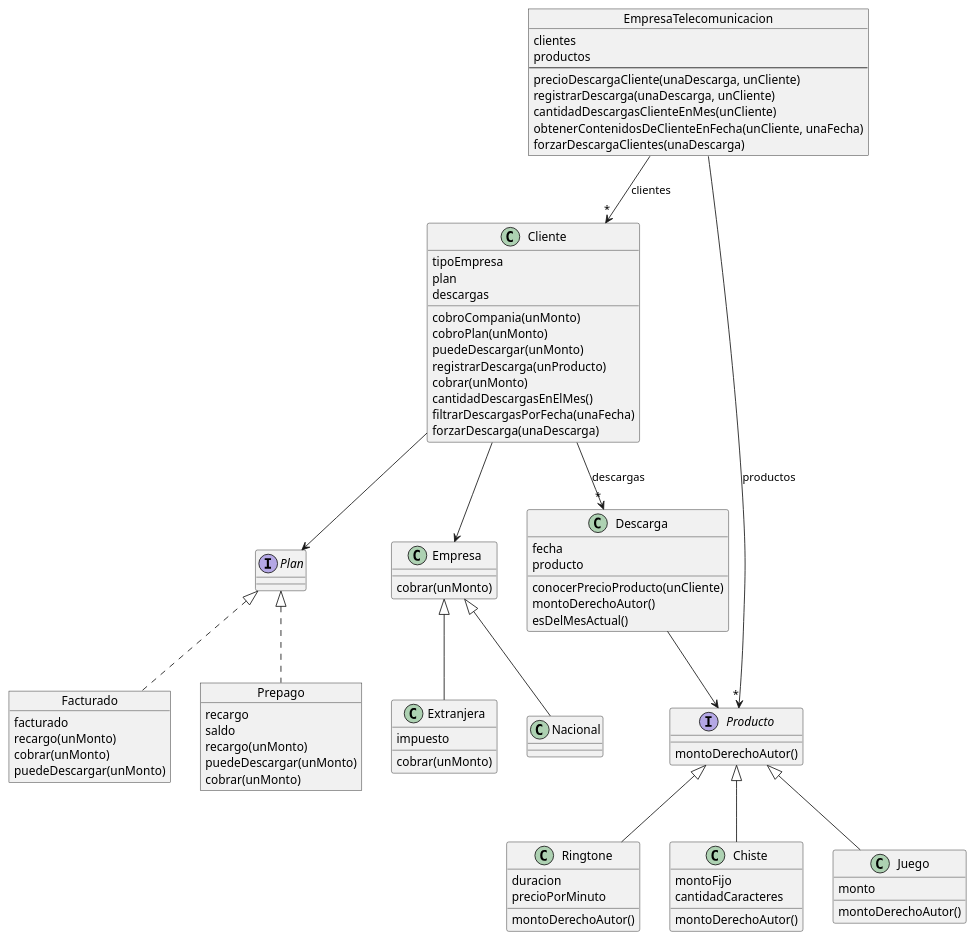
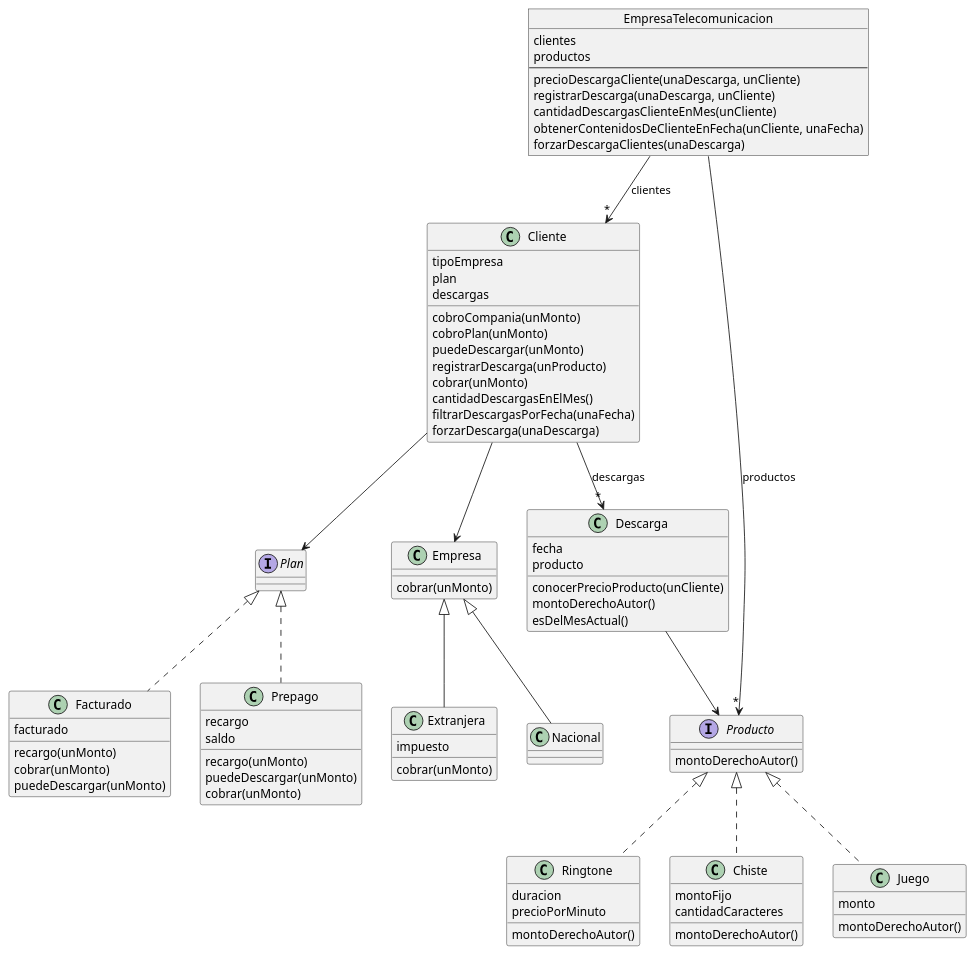
The diagram in src/DiagramaTelecom.wsd (FerminLuceroJ/ResolucionTelecom), drawn with PlantUML before and after one commit. The commit also changed 2 other files, not shown here.

```diff
--- a/src/DiagramaTelecom.wsd
+++ b/src/DiagramaTelecom.wsd
@@ -1,111 +1,112 @@
 @startuml DiagramaTelecom
 
 object EmpresaTelecomunicacion {
 
     clientes 
     productos
     ---
     precioDescargaCliente(unaDescarga, unCliente)
     registrarDescarga(unaDescarga, unCliente)
     cantidadDescargasClienteEnMes(unCliente)
     obtenerContenidosDeClienteEnFecha(unCliente, unaFecha)
     forzarDescargaClientes(unaDescarga)
     
 }
 
 class Cliente {
 
     tipoEmpresa
     plan 
     descargas 
     cobroCompania(unMonto)
     cobroPlan(unMonto)
     puedeDescargar(unMonto)
     registrarDescarga(unProducto)
     cobrar(unMonto)
     cantidadDescargasEnElMes()
     filtrarDescargasPorFecha(unaFecha)
     forzarDescarga(unaDescarga)
 
 }
 class Descarga {
 
     fecha 
     producto
     conocerPrecioProducto(unCliente)
     montoDerechoAutor()
     esDelMesActual()
 
 }
 interface Producto {
 
     montoDerechoAutor()
 
 }
 class Ringtone {
 
     duracion
     precioPorMinuto
     montoDerechoAutor()
 
 }
 class Chiste {
 
     montoFijo
     cantidadCaracteres
     montoDerechoAutor()
 
 }
 class Juego {
 
     monto  
     montoDerechoAutor()
 
 }
 interface Plan
-object Prepago {
+
+class Prepago {
 
     recargo 
     saldo 
     recargo(unMonto)
     puedeDescargar(unMonto)
     cobrar(unMonto)
 
 }
-object Facturado {
+class Facturado {
 
     facturado 
     recargo(unMonto)
     cobrar(unMonto)
     puedeDescargar(unMonto)
 
 }
 
 class Empresa {
 
     cobrar(unMonto)
 }
 class Nacional
 class Extranjera {
 
     impuesto
     cobrar(unMonto)
 }
 
 EmpresaTelecomunicacion -->"*" Cliente: clientes
 EmpresaTelecomunicacion -->"*" Producto: productos
 Cliente -->"*" Descarga: descargas
 Descarga --> Producto
 Cliente --> Plan
 Plan <|.. Prepago
 Plan <|.. Facturado
 Cliente --> Empresa
 Empresa <|-- Nacional
 Empresa <|-- Extranjera
-Producto <|-- Ringtone
-Producto <|-- Chiste
-Producto <|-- Juego
+Producto <|.. Ringtone
+Producto <|.. Chiste
+Producto <|.. Juego
 
 
 
 @enduml
```
